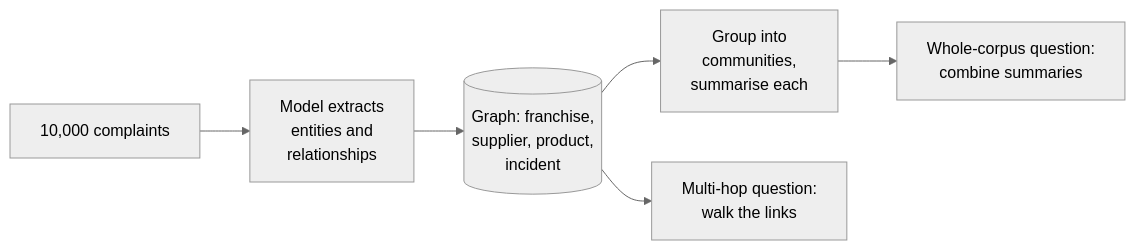
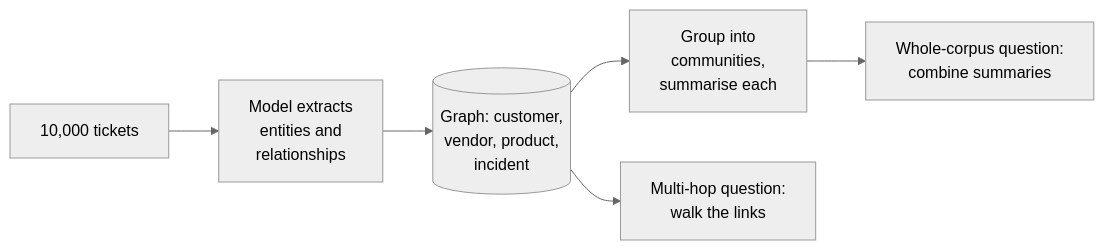
Before and after one commit to shubamchaudhary/CodeNITW: the tenth of 10 diagrams in src/Data/aiStackDocs/CH-04.md, drawn with Mermaid (neutral theme). The commit also changed other lines of this file and 32 other files, not shown here.

````diff
--- a/src/Data/aiStackDocs/CH-04.md
+++ b/src/Data/aiStackDocs/CH-04.md
@@ -217,8 +217,8 @@
 ```mermaid
 flowchart LR
-    T["10,000 complaints"] --> X["Model extracts<br/>entities and<br/>relationships"]
-    X --> G[("Graph: franchise,<br/>supplier, product,<br/>incident")]
+    T["10,000 tickets"] --> X["Model extracts<br/>entities and<br/>relationships"]
+    X --> G[("Graph: customer,<br/>vendor, product,<br/>incident")]
     G --> CM["Group into<br/>communities,<br/>summarise each"]
     CM --> GL["Whole-corpus question:<br/>combine summaries"]
     G --> LO["Multi-hop question:<br/>walk the links"]
 ```
````
